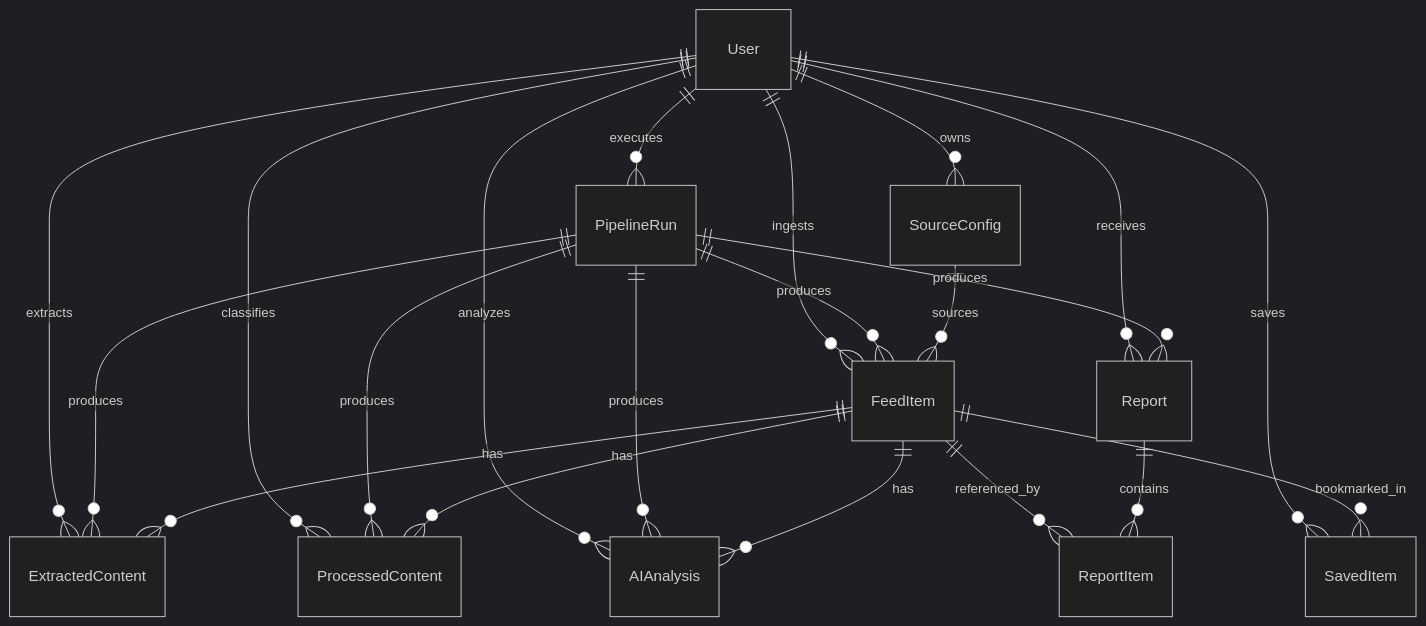
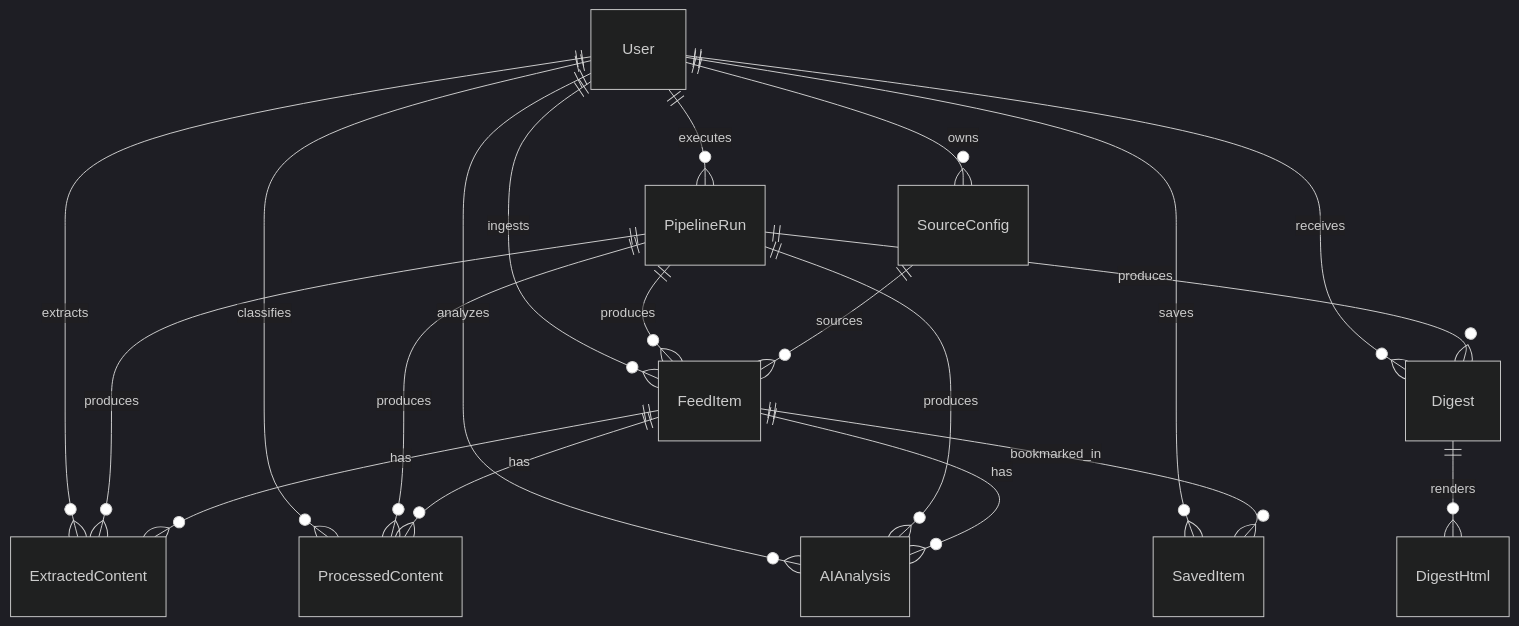
One commit to felipesabino/rss changed the diagram in docs/data-model.md. Above: the diagram before and after it, drawn with Mermaid (dark theme). The commit also changed other lines of this file and 15 other files, not shown here.

````diff
--- a/docs/data-model.md
+++ b/docs/data-model.md
@@ -100,23 +97,22 @@
 ```mermaid
 erDiagram
   User ||--o{ SourceConfig : owns
   User ||--o{ PipelineRun : executes
   User ||--o{ FeedItem : ingests
   User ||--o{ ExtractedContent : extracts
   User ||--o{ ProcessedContent : classifies
   User ||--o{ AIAnalysis : analyzes
-  User ||--o{ Report : receives
+  User ||--o{ Digest : receives
   User ||--o{ SavedItem : saves
   PipelineRun ||--o{ FeedItem : produces
   PipelineRun ||--o{ ExtractedContent : produces
   PipelineRun ||--o{ ProcessedContent : produces
   PipelineRun ||--o{ AIAnalysis : produces
-  PipelineRun ||--o{ Report : produces
+  PipelineRun ||--o{ Digest : produces
   SourceConfig ||--o{ FeedItem : sources
   FeedItem ||--o{ ExtractedContent : has
   FeedItem ||--o{ ProcessedContent : has
   FeedItem ||--o{ AIAnalysis : has
-  FeedItem ||--o{ ReportItem : referenced_by
-  Report ||--o{ ReportItem : contains
+  Digest ||--o{ DigestHtml : renders
   FeedItem ||--o{ SavedItem : bookmarked_in
 ```
````
